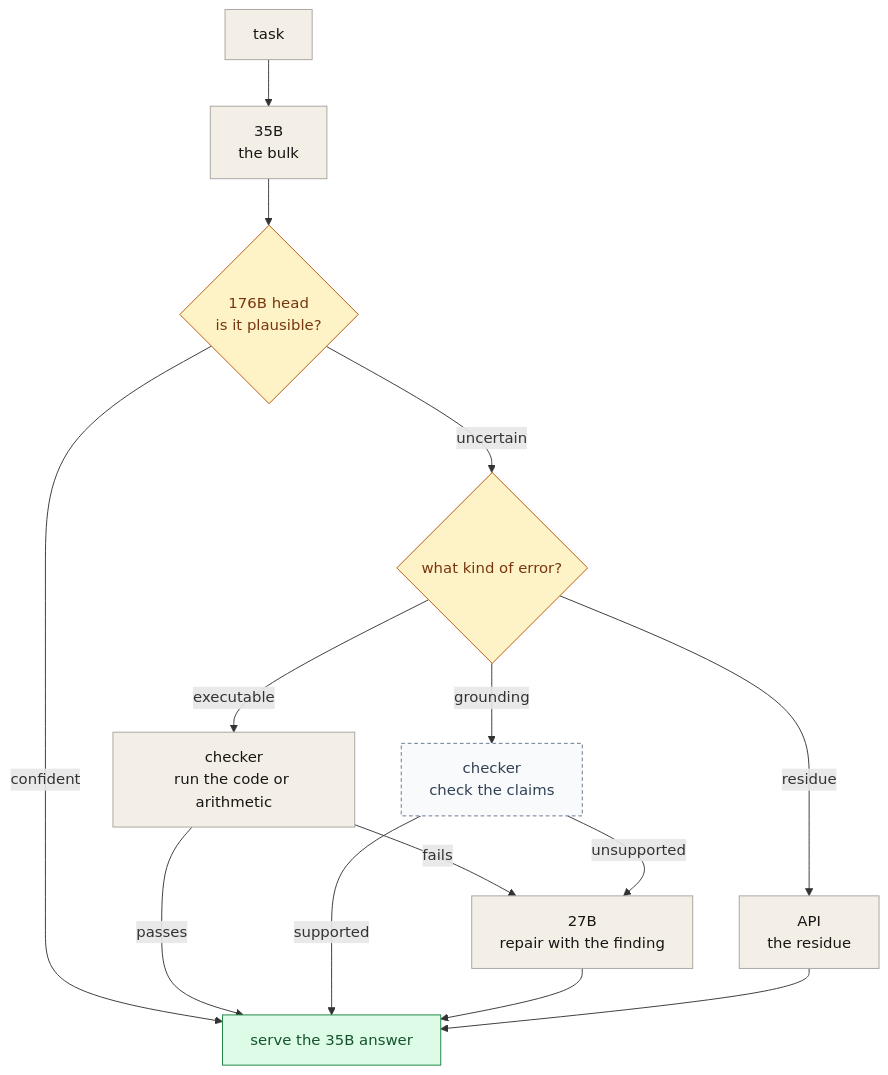
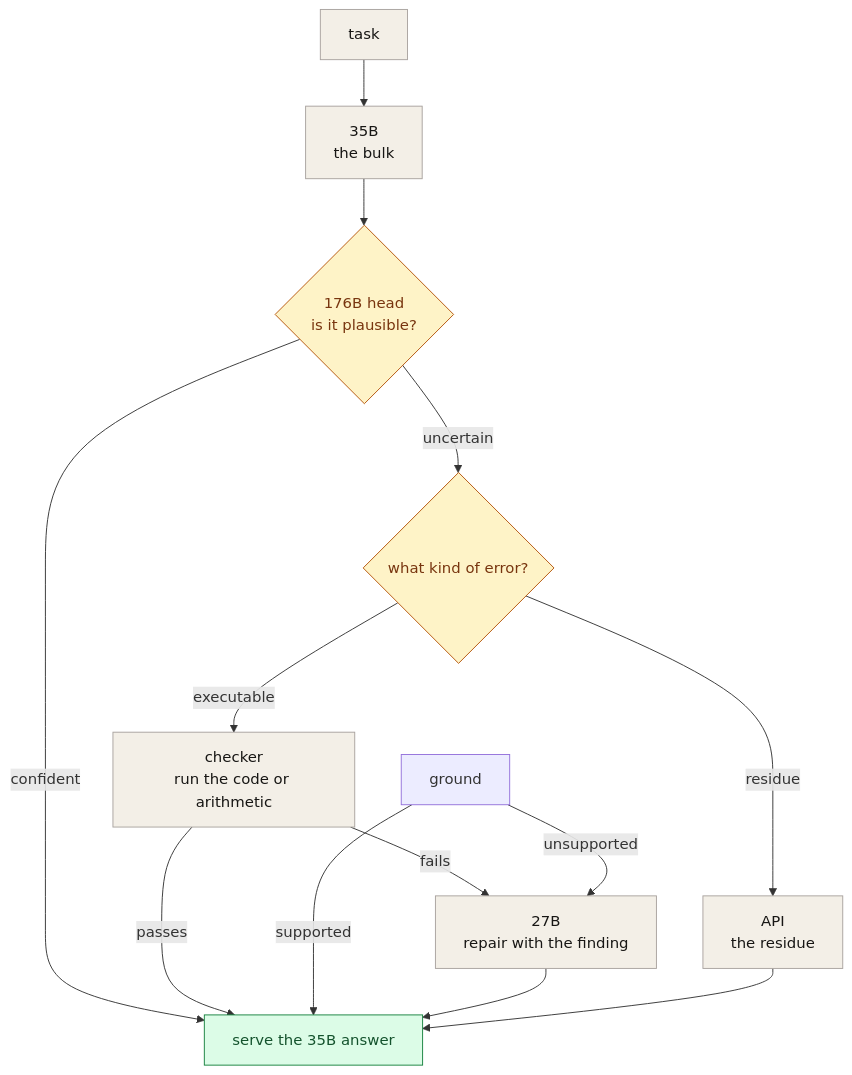
Before and after one commit to sky-is-green/hive: the third of 3 diagrams in cascade/CASCADE-PAPER.md, drawn with Mermaid. The commit also changed other lines of this file and 5 other files, not shown here.

````diff
--- a/cascade/CASCADE-PAPER.md
+++ b/cascade/CASCADE-PAPER.md
@@ -644,25 +645,23 @@
 ```mermaid
 flowchart TB
     task["task"] --> small["35B<br/>the bulk"]
     small --> head{"176B head<br/>is it plausible?"}
     head -->|confident| serve["serve the 35B answer"]
     head -->|uncertain| kind{"what kind of error?"}
     kind -->|executable| sandbox["checker<br/>run the code or arithmetic"]
-    kind -->|grounding| ground["checker<br/>check the claims"]
     kind -->|residue| api["API<br/>the residue"]
     sandbox -->|fails| repair["27B<br/>repair with the finding"]
     ground -->|unsupported| repair
     sandbox -->|passes| serve
     ground -->|supported| serve
     repair --> serve
     api --> serve
 
     classDef ok fill:#dcfce7,stroke:#15803d,color:#14532d
     classDef warn fill:#fef3c7,stroke:#b45309,color:#78350f
     classDef neutral fill:#f3efe7,stroke:#a8a29e,color:#171614
     classDef design fill:#f8fafc,stroke:#64748b,stroke-dasharray:4 3,color:#334155
     class serve ok
     class head,kind warn
     class task,small,repair,sandbox,api neutral
-    class ground design
 ```
````
